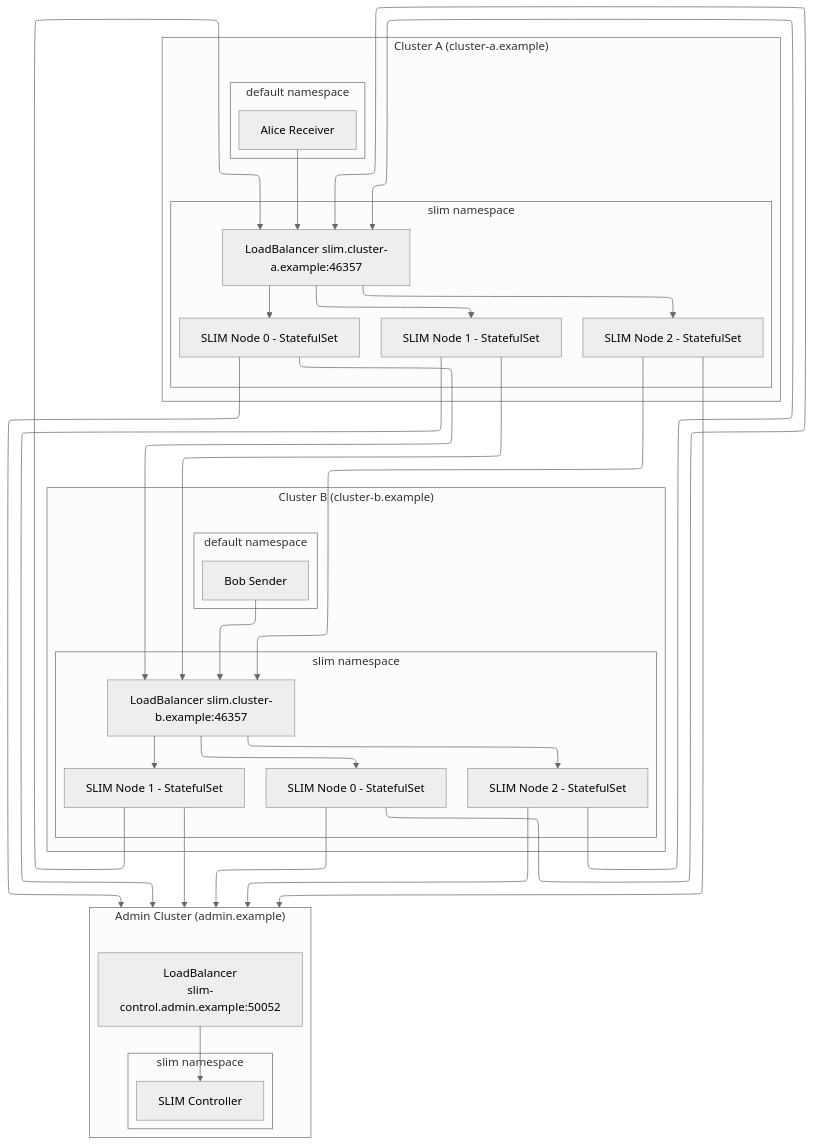
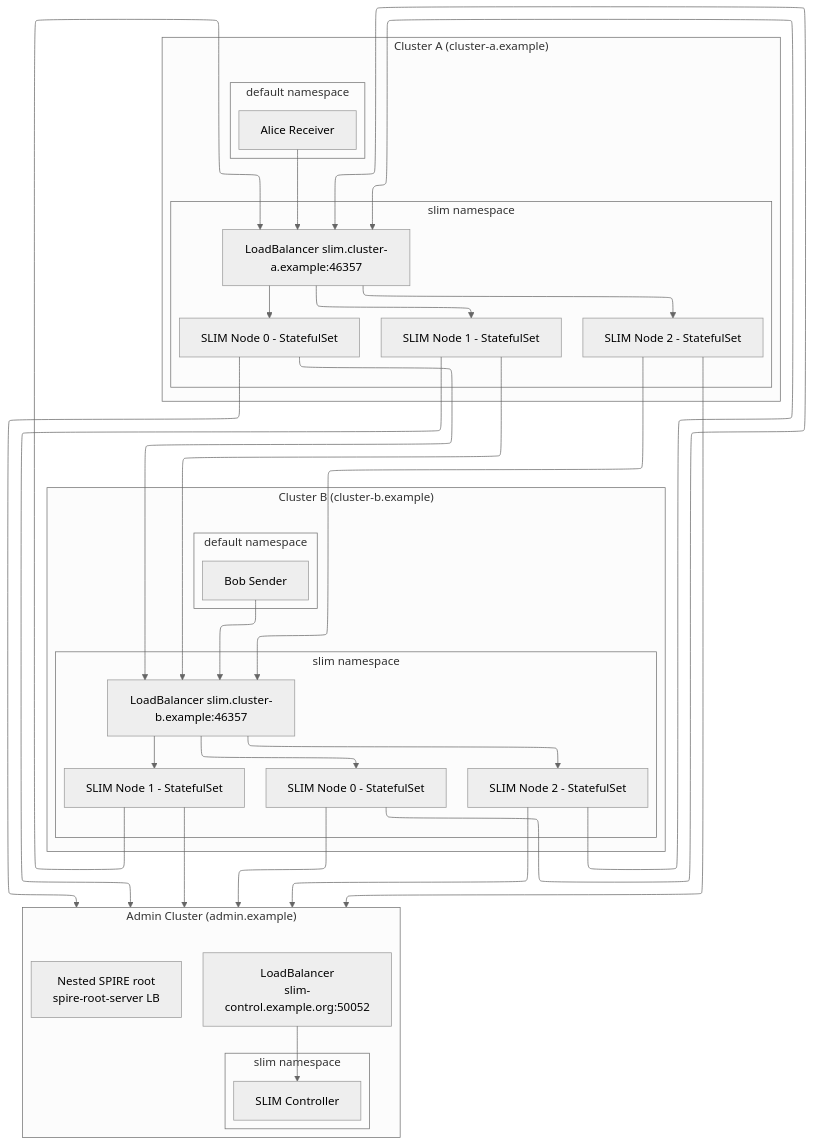
One commit to agntcy/slim changed the diagram in deployments/multicluster/multi_cluster_strategy.md. Above: the diagram before and after it, drawn with Mermaid (neutral theme). The commit also changed other lines of this file and 7 other files, not shown here.

Commit message:
feat: nested spire multi cluster setup

````diff
--- a/deployments/multicluster/multi_cluster_strategy.md
+++ b/deployments/multicluster/multi_cluster_strategy.md
@@ -38,51 +38,52 @@
 ```mermaid
 ---
 config:
   layout: elk
 ---
 flowchart TB
  subgraph subGraph0["slim namespace"]
         CONTROLLER["SLIM Controller"]
   end
  subgraph subGraph1["Admin Cluster (admin.example)"]
         subGraph0
-        LB_ADMIN["LoadBalancer<br>slim-control.admin.example:50052"]
+        LB_ADMIN["LoadBalancer<br>slim-control.example.org:50052"]
+        SPIRE_ROOT["Nested SPIRE root<br>spire-root-server LB"]
   end
  subgraph subGraph2["slim namespace"]
         SLIM_A1["SLIM Node 0 - StatefulSet"]
         SLIM_A2["SLIM Node 1 - StatefulSet"]
         SLIM_A3["SLIM Node 2 - StatefulSet"]
         SVC_A["LoadBalancer slim.cluster-a.example:46357"]
   end
  subgraph subGraph3["default namespace"]
         ALICE["Alice Receiver"]
   end
  subgraph subGraph4["Cluster A (cluster-a.example)"]
         subGraph2
         subGraph3
   end
  subgraph subGraph5["slim namespace"]
         SLIM_B1["SLIM Node 0 - StatefulSet"]
         SLIM_B2["SLIM Node 1 - StatefulSet"]
         SLIM_B3["SLIM Node 2 - StatefulSet"]
         SVC_B["LoadBalancer slim.cluster-b.example:46357"]
   end
  subgraph subGraph6["default namespace"]
         BOB["Bob Sender"]
   end
  subgraph subGraph7["Cluster B (cluster-b.example)"]
         subGraph5
         subGraph6
   end
     LB_ADMIN ----> CONTROLLER
     SVC_A --> SLIM_A1 & SLIM_A2 & SLIM_A3
     ALICE --> SVC_A
     SVC_B --> SLIM_B1 & SLIM_B2 & SLIM_B3
     BOB --> SVC_B
     SLIM_A1 ---> subGraph1 & SVC_B
     SLIM_A2 ---> subGraph1 & SVC_B
     SLIM_A3 ---> subGraph1 & SVC_B
     SLIM_B1 ---> subGraph1 & SVC_A
     SLIM_B2 ---> subGraph1 & SVC_A
     SLIM_B3 ---> subGraph1 & SVC_A
 ```
````
